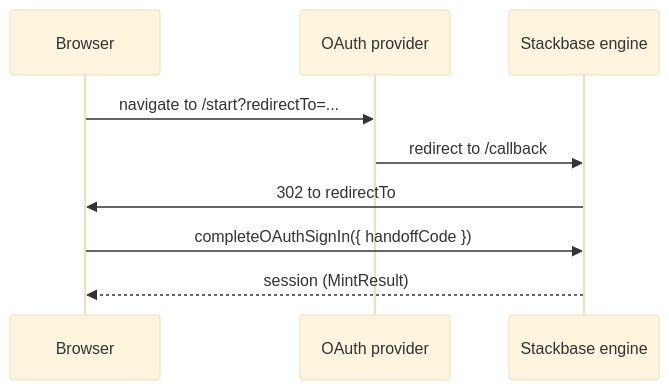
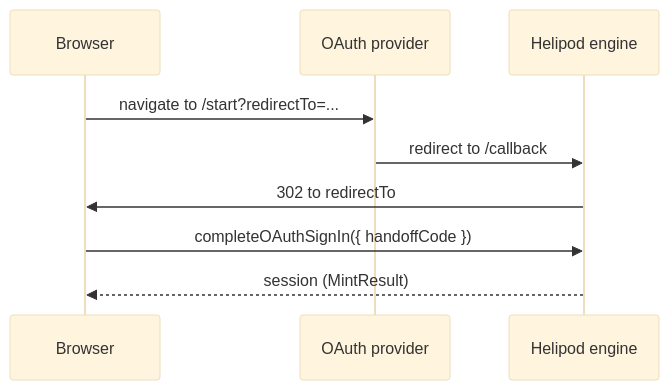
The second of 3 diagrams in website/content/docs/components/auth.mdx (helipod-sh/helipod), drawn with Mermaid (base theme) before and after one commit. The commit also changed other lines of this file and 1141 other files, not shown here.

First line of the commit message:
feat: rename project from stackbase to helipod

````diff
--- a/website/content/docs/components/auth.mdx
+++ b/website/content/docs/components/auth.mdx
@@ -734,11 +734,11 @@
 ```mermaid
 sequenceDiagram
   participant Browser
   participant Provider as OAuth provider
-  participant Engine as Stackbase engine
+  participant Engine as Helipod engine
   Browser->>Provider: navigate to /start?redirectTo=...
   Provider->>Engine: redirect to /callback
   Engine->>Browser: 302 to redirectTo#code=handoff
   Browser->>Engine: completeOAuthSignIn({ handoffCode })
   Engine-->>Browser: session (MintResult)
 ```
````
